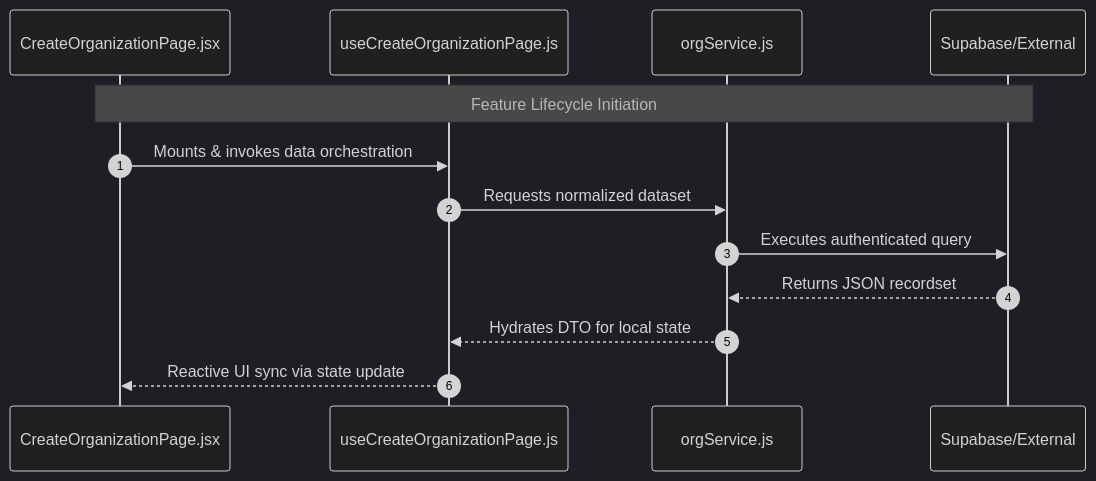
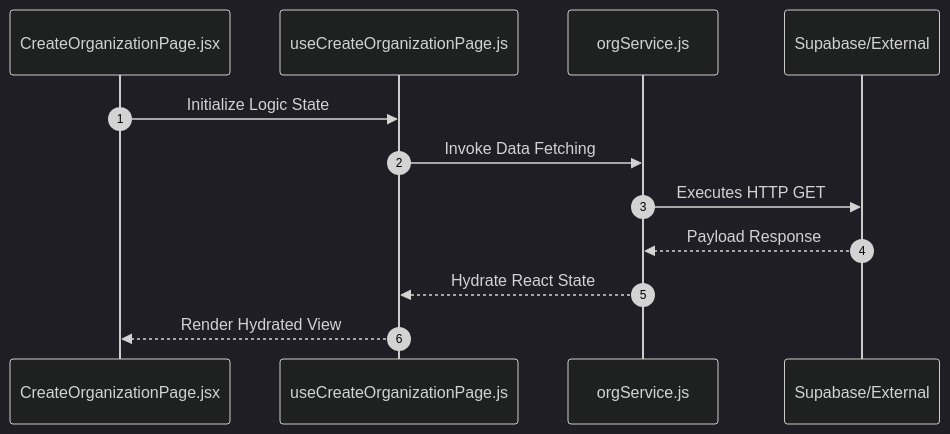
The second of 2 diagrams in src/features/organizations/README.md (nexowebai/nexo-superadmin), drawn with Mermaid (dark theme) before and after one commit. The commit also changed other lines of this file and 15 other files, not shown here.

````diff
--- a/src/features/organizations/README.md
+++ b/src/features/organizations/README.md
@@ -16,16 +66,15 @@
 ```mermaid
 sequenceDiagram
-    autonumber
+autonumber
     participant P as CreateOrganizationPage.jsx
     participant H as useCreateOrganizationPage.js
     participant S as orgService.js
     participant API as Supabase/External
 
-    Note over P,API: Feature Lifecycle Initiation
-    P->>H: Mounts & invokes data orchestration
-    H->>S: Requests normalized dataset
-    S->>API: Executes authenticated query
-    API-->>S: Returns JSON recordset
-    S-->>H: Hydrates DTO for local state
-    H-->>P: Reactive UI sync via state update
+    P->>H: Initialize Logic State
+    H->>S: Invoke Data Fetching
+    S->>API: Executes HTTP GET
+    API-->>S: Payload Response
+    S-->>H: Hydrate React State
+    H-->>P: Render Hydrated View
 ```
````
